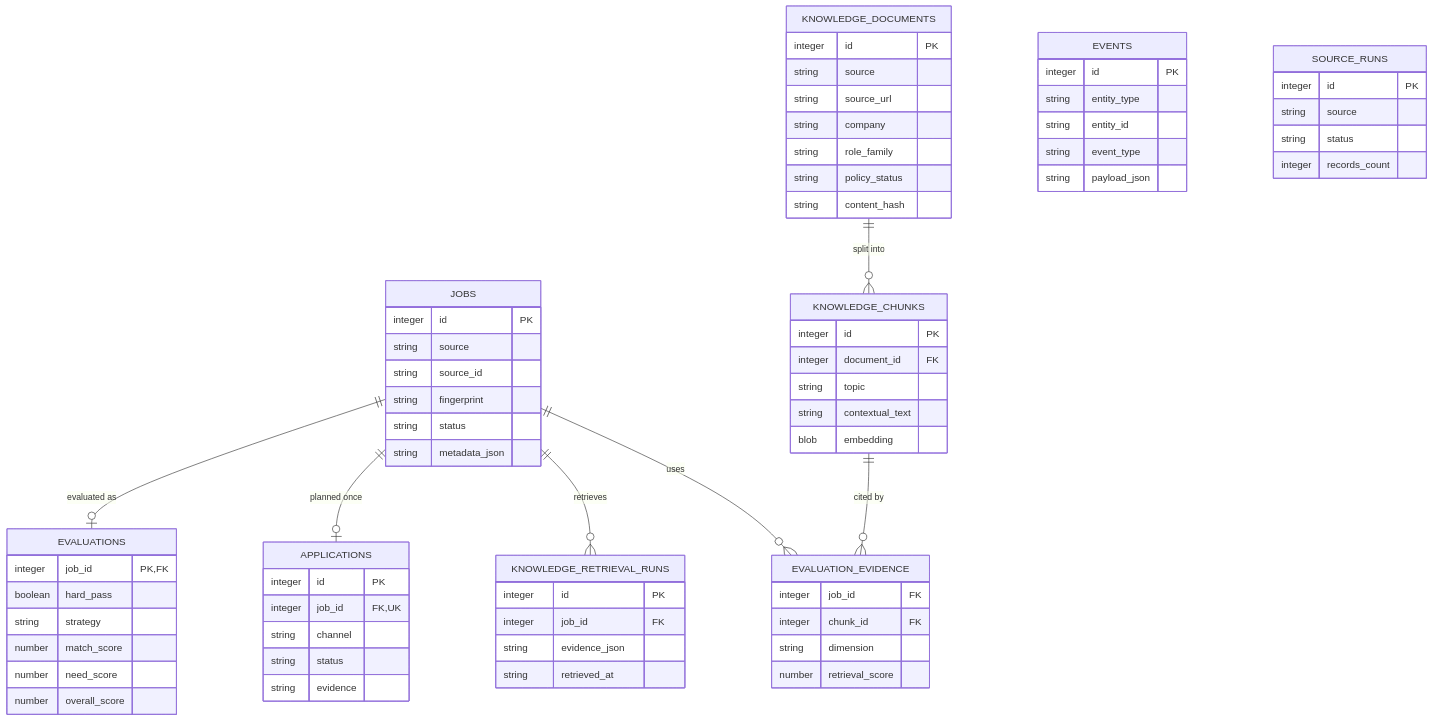
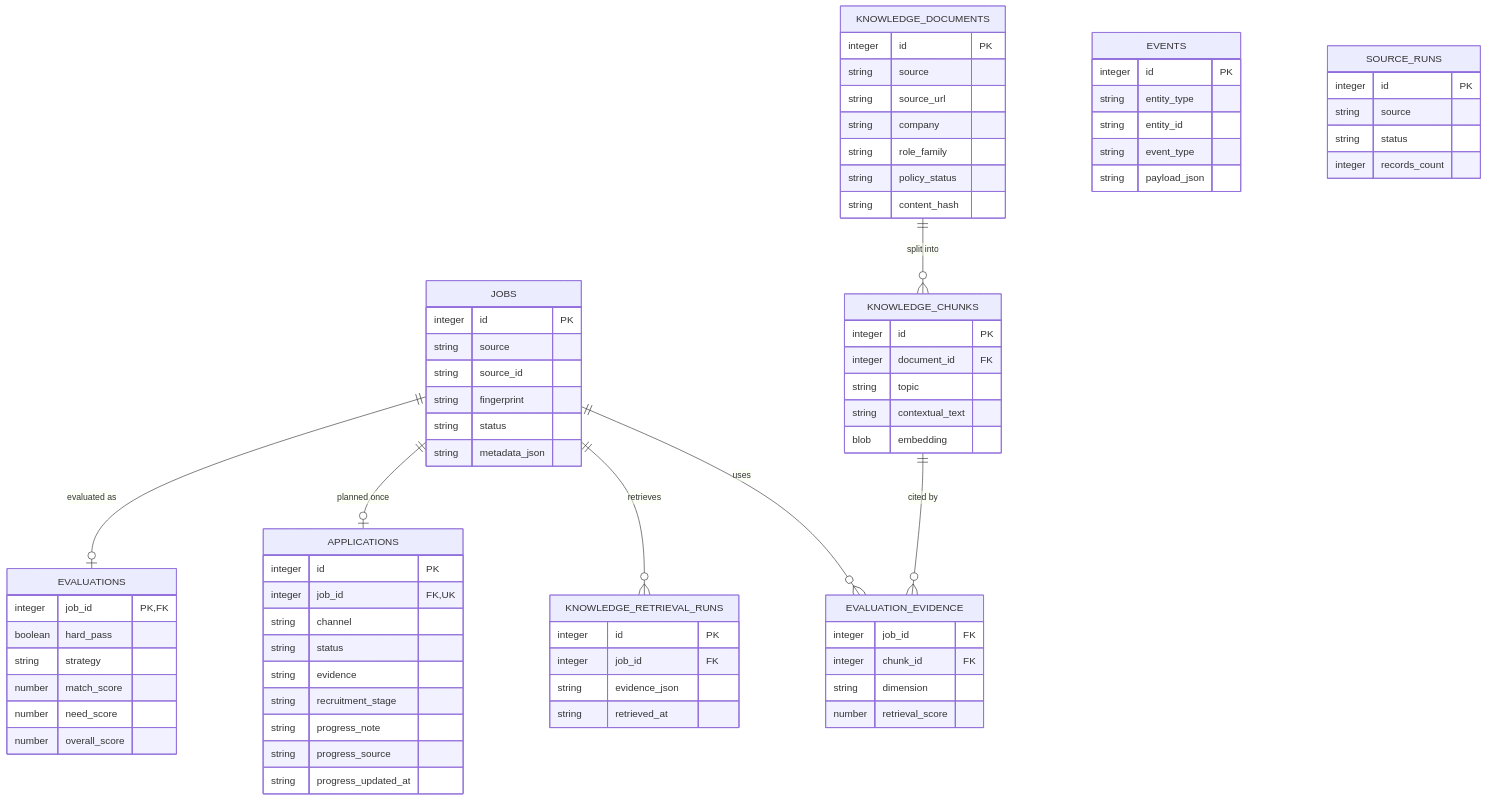
Before and after one commit to dailaor/job-agent: the seventh of 7 diagrams in docs/ARCHITECTURE.md, drawn with Mermaid. The commit also changed other lines of this file and 31 other files, not shown here.

````diff
--- a/docs/ARCHITECTURE.md
+++ b/docs/ARCHITECTURE.md
@@ -273,73 +283,77 @@
 ```mermaid
 erDiagram
     JOBS ||--o| EVALUATIONS : "evaluated as"
     JOBS ||--o| APPLICATIONS : "planned once"
     JOBS ||--o{ KNOWLEDGE_RETRIEVAL_RUNS : "retrieves"
     JOBS ||--o{ EVALUATION_EVIDENCE : "uses"
     KNOWLEDGE_DOCUMENTS ||--o{ KNOWLEDGE_CHUNKS : "split into"
     KNOWLEDGE_CHUNKS ||--o{ EVALUATION_EVIDENCE : "cited by"
     JOBS {
         integer id PK
         string source
         string source_id
         string fingerprint
         string status
         string metadata_json
     }
     EVALUATIONS {
         integer job_id PK, FK
         boolean hard_pass
         string strategy
         number match_score
         number need_score
         number overall_score
     }
     APPLICATIONS {
         integer id PK
         integer job_id FK, UK
         string channel
         string status
         string evidence
+        string recruitment_stage
+        string progress_note
+        string progress_source
+        string progress_updated_at
     }
     EVENTS {
         integer id PK
         string entity_type
         string entity_id
         string event_type
         string payload_json
     }
     SOURCE_RUNS {
         integer id PK
         string source
         string status
         integer records_count
     }
     KNOWLEDGE_DOCUMENTS {
         integer id PK
         string source
         string source_url
         string company
         string role_family
         string policy_status
         string content_hash
     }
     KNOWLEDGE_CHUNKS {
         integer id PK
         integer document_id FK
         string topic
         string contextual_text
         blob embedding
     }
     KNOWLEDGE_RETRIEVAL_RUNS {
         integer id PK
         integer job_id FK
         string evidence_json
         string retrieved_at
     }
     EVALUATION_EVIDENCE {
         integer job_id FK
         integer chunk_id FK
         string dimension
         number retrieval_score
     }
 ```
````
